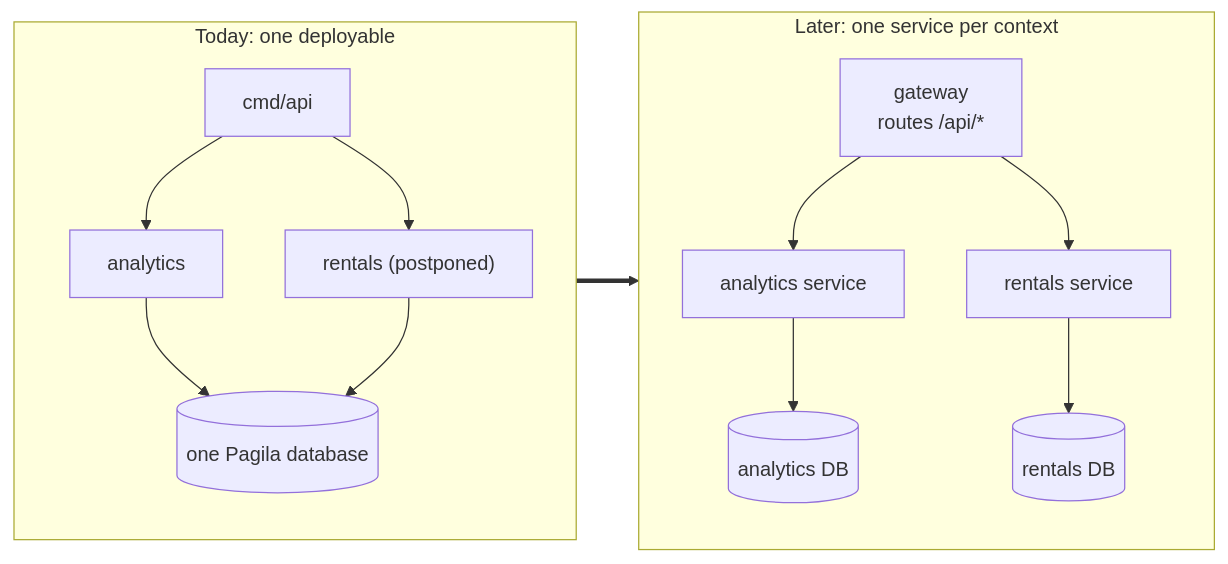
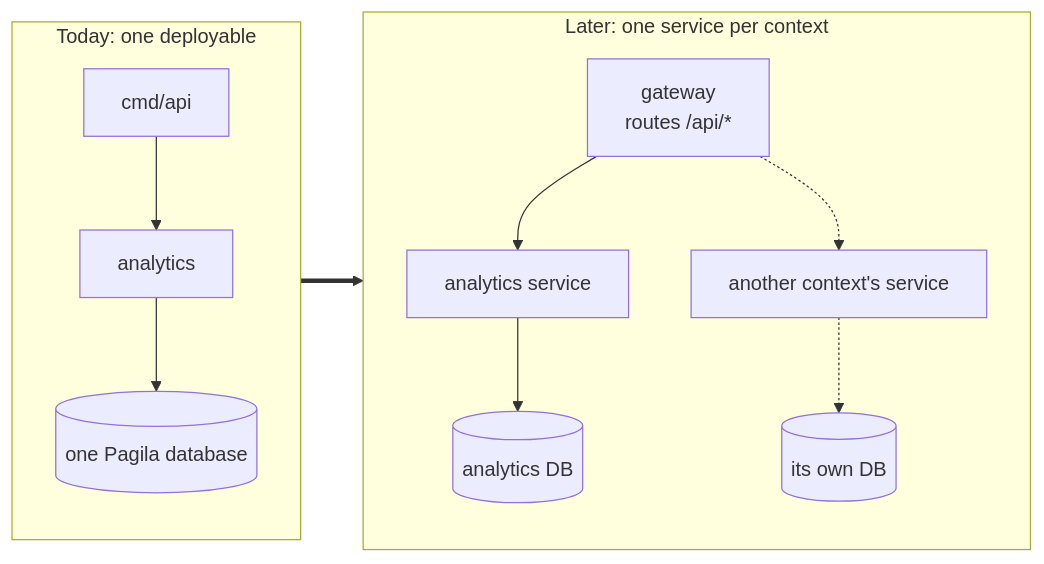
Before and after one commit to SangNguyen2810/store-operation: the seventh of 8 diagrams in README.md, drawn with Mermaid. The commit also changed other lines of this file and 14 other files, not shown here.

````diff
--- a/README.md
+++ b/README.md
@@ -759,18 +819,16 @@
 ```mermaid
 flowchart LR
     subgraph today [Today: one deployable]
         direction TB
         t_api["cmd/api"] --> t_an["analytics"]
-        t_api --> t_re["rentals (postponed)"]
         t_an --> t_db[("one Pagila database")]
-        t_re --> t_db
     end
     subgraph later [Later: one service per context]
         direction TB
         gw["gateway<br/>routes /api/*"] --> s_an["analytics service"]
-        gw --> s_re["rentals service"]
+        gw -.-> s_next["another context's service"]
         s_an --> d_an[("analytics DB")]
-        s_re --> d_re[("rentals DB")]
+        s_next -.-> d_next[("its own DB")]
     end
     today ==> later
 ```
````
